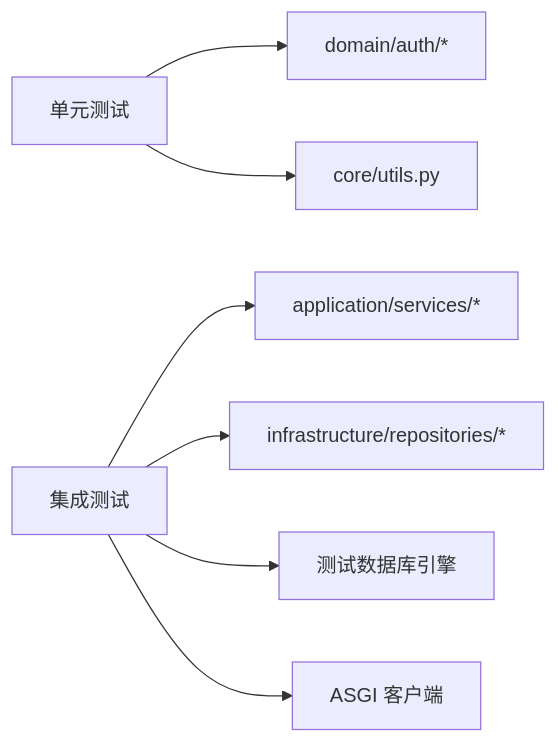
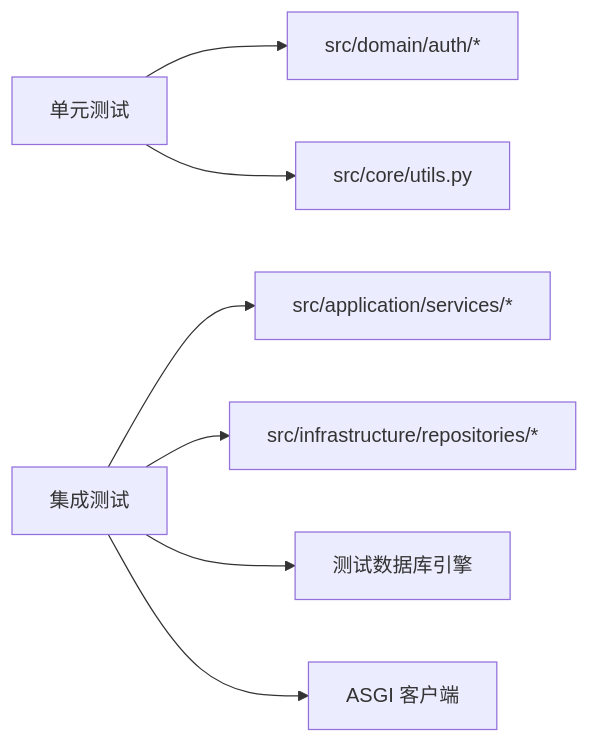
The sixth of 6 diagrams in .qoder/repowiki/zh/content/测试策略/测试策略.md (taoweidong/Hello-FastApi), drawn with Mermaid before and after one commit. The commit also changed other lines of this file and 7 other files, not shown here.

````diff
--- a/.qoder/repowiki/zh/content/测试策略/测试策略.md
+++ b/.qoder/repowiki/zh/content/测试策略/测试策略.md
@@ -282,9 +291,9 @@
 ```mermaid
 graph LR
-UT["单元测试"] --> DS["domain/auth/*"]
-UT --> CU["core/utils.py"]
-IT["集成测试"] --> AS["application/services/*"]
-IT --> IR["infrastructure/repositories/*"]
+UT["单元测试"] --> DS["src/domain/auth/*"]
+UT --> CU["src/core/utils.py"]
+IT["集成测试"] --> AS["src/application/services/*"]
+IT --> IR["src/infrastructure/repositories/*"]
 IT --> DB["测试数据库引擎"]
 IT --> AC["ASGI 客户端"]
 ```
````
